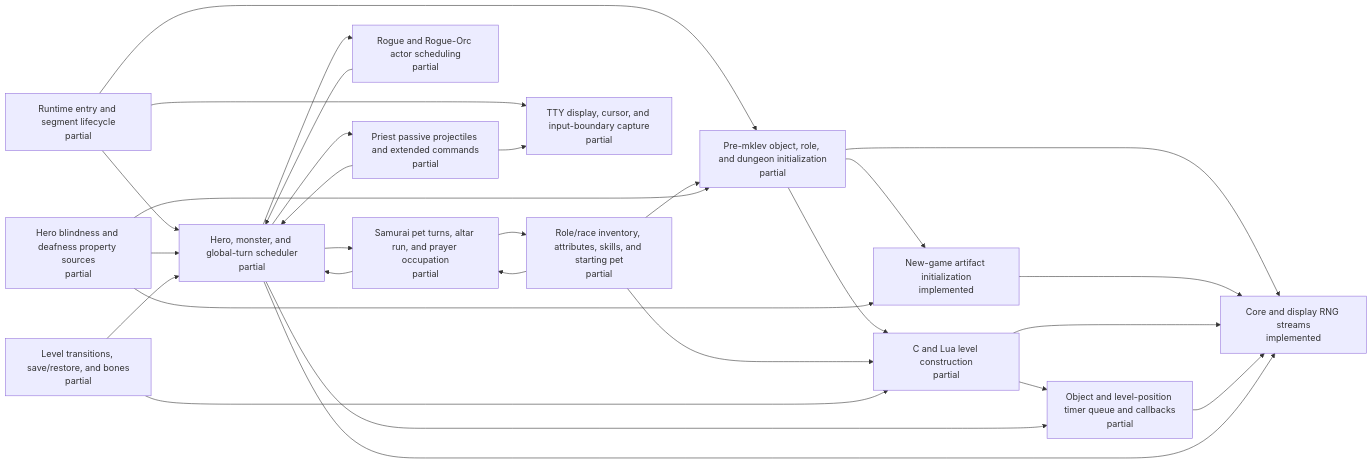
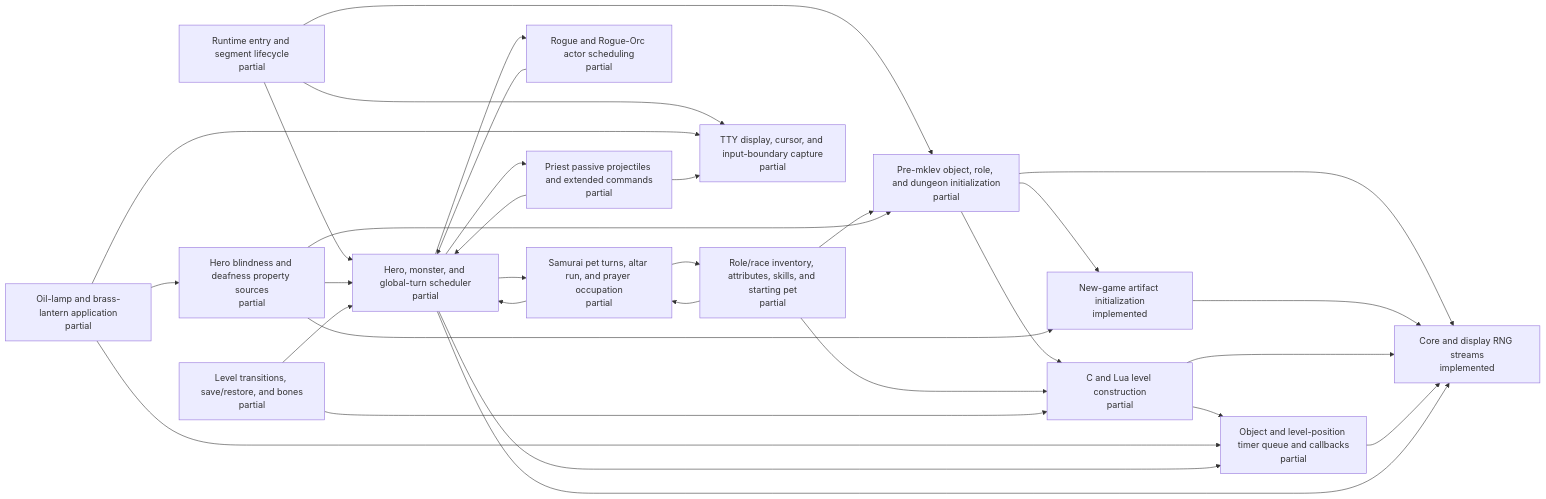
The diagram in docs/architecture/c-lua-ownership.generated.md (daoa0601/teleport-contest), drawn with Mermaid before and after one commit. The commit also changed other lines of this file and 3 other files, not shown here.

Commit message:
Record timed lamp application ownership

````diff
--- a/docs/architecture/c-lua-ownership.generated.md
+++ b/docs/architecture/c-lua-ownership.generated.md
@@ -11,45 +11,49 @@
 ```mermaid
 flowchart LR
     n_runtime_entry["Runtime entry and segment lifecycle<br/>partial"]
     n_rng_core["Core and display RNG streams<br/>implemented"]
     n_startup_pre_mklev["Pre-mklev object, role, and dungeon initialization<br/>partial"]
     n_startup_artifacts["New-game artifact initialization<br/>implemented"]
     n_startup_role_inventory["Role/race inventory, attributes, skills, and starting pet<br/>partial"]
     n_hero_sensory_properties["Hero blindness and deafness property sources<br/>partial"]
     n_level_generation["C and Lua level construction<br/>partial"]
     n_object_timer_queue["Object and level-position timer queue and callbacks<br/>partial"]
+    n_timed_lamp_application["Oil-lamp and brass-lantern application<br/>partial"]
     n_turn_scheduler["Hero, monster, and global-turn scheduler<br/>partial"]
     n_samurai_pet_turns["Samurai pet turns, altar run, and prayer occupation<br/>partial"]
     n_rogue_actor_scheduling["Rogue and Rogue-Orc actor scheduling<br/>partial"]
     n_priest_passive_projectiles["Priest passive projectiles and extended commands<br/>partial"]
     n_tty_display["TTY display, cursor, and input-boundary capture<br/>partial"]
     n_level_transition_persistence["Level transitions, save/restore, and bones<br/>partial"]
     n_runtime_entry --> n_startup_pre_mklev
     n_runtime_entry --> n_turn_scheduler
     n_runtime_entry --> n_tty_display
     n_startup_pre_mklev --> n_rng_core
     n_startup_pre_mklev --> n_startup_artifacts
     n_startup_pre_mklev --> n_level_generation
     n_startup_artifacts --> n_rng_core
     n_startup_role_inventory --> n_startup_pre_mklev
     n_startup_role_inventory --> n_level_generation
     n_startup_role_inventory --> n_samurai_pet_turns
     n_hero_sensory_properties --> n_startup_pre_mklev
     n_hero_sensory_properties --> n_startup_artifacts
     n_hero_sensory_properties --> n_turn_scheduler
     n_level_generation --> n_rng_core
     n_level_generation --> n_object_timer_queue
     n_object_timer_queue --> n_rng_core
+    n_timed_lamp_application --> n_object_timer_queue
+    n_timed_lamp_application --> n_hero_sensory_properties
+    n_timed_lamp_application --> n_tty_display
     n_turn_scheduler --> n_rng_core
     n_turn_scheduler --> n_object_timer_queue
     n_turn_scheduler --> n_samurai_pet_turns
     n_turn_scheduler --> n_rogue_actor_scheduling
     n_turn_scheduler --> n_priest_passive_projectiles
     n_samurai_pet_turns --> n_turn_scheduler
     n_samurai_pet_turns --> n_startup_role_inventory
     n_rogue_actor_scheduling --> n_turn_scheduler
     n_priest_passive_projectiles --> n_turn_scheduler
     n_priest_passive_projectiles --> n_tty_display
     n_level_transition_persistence --> n_level_generation
     n_level_transition_persistence --> n_turn_scheduler
 ```
````
